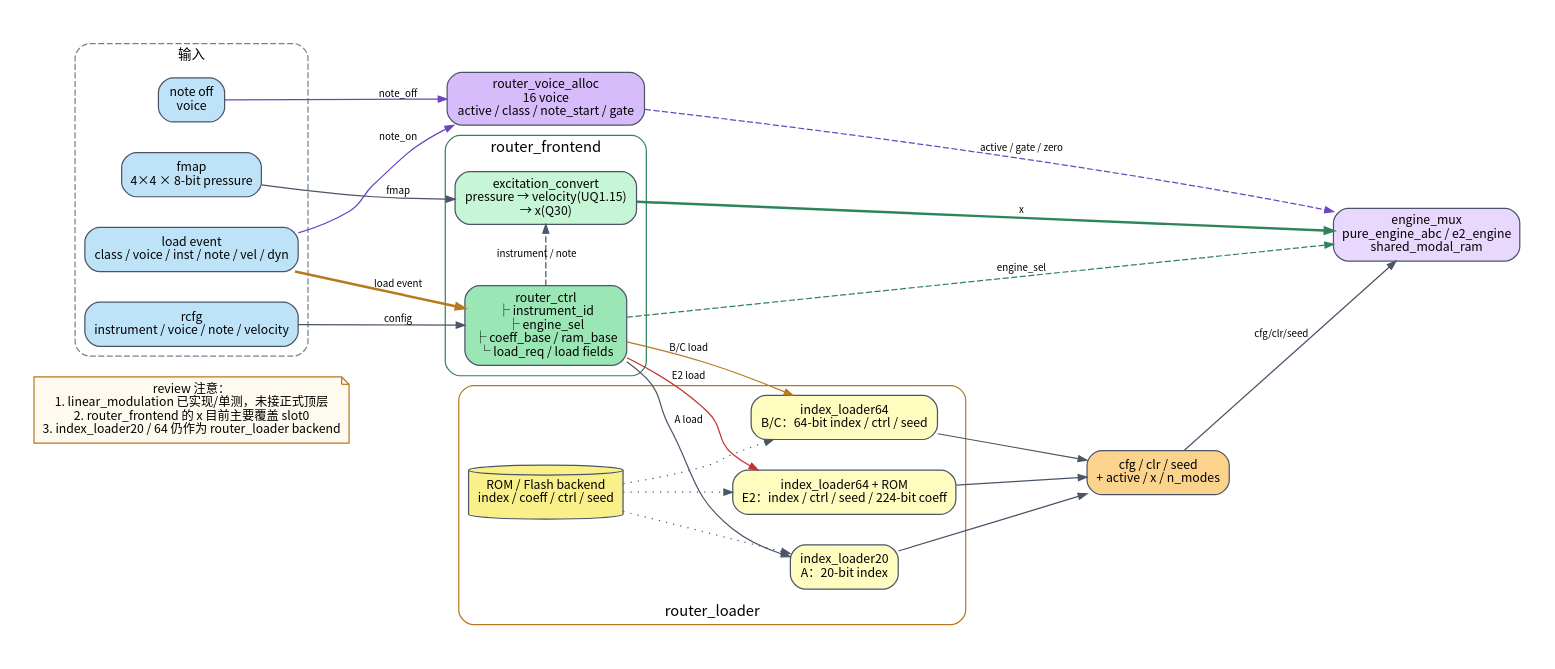
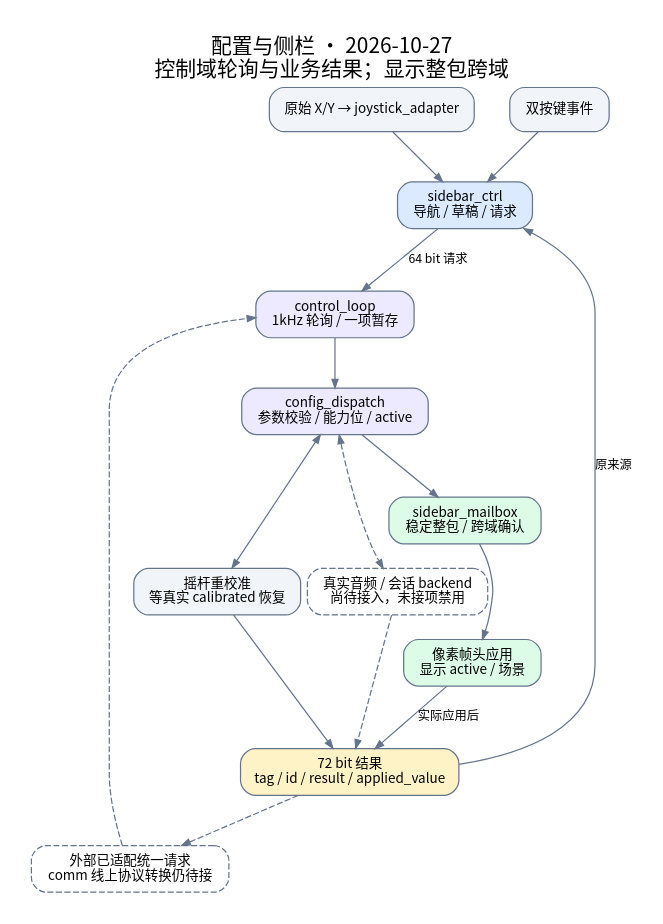
One commit to rubbishbro/FPGA_IDC_2026 changed the diagram in docs/diagrams/router_control_flow.dot. Above: the diagram before and after it, drawn with Graphviz. The commit also changed 100 other files, not shown here.

```diff
--- a/docs/diagrams/router_control_flow.dot
+++ b/docs/diagrams/router_control_flow.dot
@@ -1,75 +1,22 @@
-// -----------------------------------------------------------------------------
-// 文件: router_control_flow.dot
-// 用途: router 控制面 / 装载 / voice 分配数据流
-// 说明: rcfg/fmap -> router_ctrl / excitation -> x；
-//       load -> router_loader -> cfg/clr/seed；note -> voice_alloc。
-// 生成: dot -Tsvg router_control_flow.dot -o router_control_flow.svg
-//       dot -Tpng -Gdpi=180 router_control_flow.dot -o router_control_flow.png
-// -----------------------------------------------------------------------------
+// 当前结构；不在图内维护 PASS/Fmax，结果见文档维护与验证。
 digraph router_control_flow {
-    graph [
-        fontname="Noto Sans CJK TC", fontsize=18,
-        rankdir=LR, compound=true, newrank=true,
-        nodesep=0.35, ranksep=0.55, bgcolor="white", pad=0.28
-    ];
-    node [shape=box, style="rounded,filled", fontname="Noto Sans CJK TC",
-          fontsize=10, margin="0.11,0.07", color="#4a5568", fillcolor="#edf2f7"];
-    edge [fontname="Noto Sans CJK TC", fontsize=8, color="#4a5568", arrowsize=0.7];
+graph [fontname="Noto Sans CJK SC",fontsize=17,rankdir=TB,nodesep=0.4,ranksep=0.55,bgcolor="white",pad=0.25];
+node [shape=box,style="rounded,filled",fontname="Noto Sans CJK SC",fontsize=11,margin="0.16,0.10",color="#64748b",fillcolor="#f1f5f9"];
+edge [fontname="Noto Sans CJK SC",fontsize=10,color="#64748b",arrowsize=0.7];
 
-    subgraph cluster_in {
-        label="输入";
-        fontsize=11; color="#718096"; style="rounded,dashed"; fillcolor="#f7fafc";
-        cfg [label="rcfg\ninstrument / voice / note / velocity", fillcolor="#bee3f8"];
-        fmap [label="fmap\n4×4 × 8-bit pressure", fillcolor="#bee3f8"];
-        load [label="load event\nclass / voice / inst / note / vel / dyn", fillcolor="#bee3f8"];
-        off [label="note off\nvoice", fillcolor="#bee3f8"];
-    }
-
-    subgraph cluster_front {
-        label="router_frontend";
-        fontsize=12; color="#2f855a"; style="rounded"; fillcolor="#f0fff4";
-        ctrl [label="router_ctrl\n├ instrument_id\n├ engine_sel\n├ coeff_base / ram_base\n└ load_req / load fields", fillcolor="#9ae6b4"];
-        exc [label="excitation_convert\npressure → velocity(UQ1.15)\n→ x(Q30)", fillcolor="#c6f6d5"];
-        { rank=same; ctrl; exc; }
-    }
-
-    subgraph cluster_load {
-        label="router_loader";
-        labelloc="b";
-        fontsize=12; color="#b7791f"; style="rounded"; fillcolor="#fffff0";
-        a [label="index_loader20\nA：20-bit index", fillcolor="#fefcbf"];
-        bc [label="index_loader64\nB/C：64-bit index / ctrl / seed", fillcolor="#fefcbf"];
-        e2 [label="index_loader64 + ROM\nE2：index / ctrl / seed / 224-bit coeff", fillcolor="#fefcbf"];
-        rom [label="ROM / Flash backend\nindex / coeff / ctrl / seed", shape=cylinder, fillcolor="#faf089"];
-        rom -> a [style=dotted];
-        rom -> bc [style=dotted];
-        rom -> e2 [style=dotted];
-        { rank=same; a; bc; e2; }
-    }
-
-    va [label="router_voice_alloc\n16 voice\nactive / class / note_start / gate", fillcolor="#d6bcfa"];
-
-    mux [label="engine_mux\npure_engine_abc / e2_engine\nshared_modal_ram", fillcolor="#e9d8fd"];
-
-    out [label="cfg / clr / seed\n+ active / x / n_modes", fillcolor="#fbd38d"];
-
-    cfg -> ctrl [label="config"];
-    fmap -> exc [label="fmap"];
-    load -> ctrl [label="load event", color="#b7791f", style=bold];
-    ctrl -> exc [label="instrument / note", style=dashed];
-    ctrl -> a [label="A load"];
-    ctrl -> bc [label="B/C load", color="#b7791f"];
-    ctrl -> e2 [label="E2 load", color="#c53030"];
-    exc -> mux [label="x", color="#2f855a", style=bold];
-    ctrl -> mux [label="engine_sel", color="#2f855a", style=dashed];
-    load -> va [label="note_on", color="#6b46c1"];
-    off -> va [label="note_off", color="#6b46c1"];
-    va -> mux [label="active / gate / zero", color="#6b46c1", style=dashed];
-    a -> out;
-    bc -> out;
-    e2 -> out;
-    out -> mux [label="cfg/clr/seed"];
-
-    caveat [shape=note, label="review 注意：\n1. linear_modulation 已实现/单测，未接正式顶层\n2. router_frontend 的 x 目前主要覆盖 slot0\n3. index_loader20 / 64 仍作为 router_loader backend", fillcolor="#fffaf0", color="#b7791f"];
-    caveat -> ctrl [style=invis];
+label="配置与侧栏 · 2026-10-27\n控制域轮询与业务结果；显示整包跨域";labelloc=t;
+joy [label="原始 X/Y → joystick_adapter"];
+key [label="双按键事件"];
+ui [label="sidebar_ctrl\n导航 / 草稿 / 请求",fillcolor="#dbeafe"];
+ext [label="外部已适配统一请求\ncomm 线上协议转换仍待接",style="rounded,dashed"];
+loop [label="control_loop\n1kHz 轮询 / 一项暂存",fillcolor="#ede9fe"];
+cfg [label="config_dispatch\n参数校验 / 能力位 / active",fillcolor="#ede9fe"];
+cal [label="摇杆重校准\n等真实 calibrated 恢复"];
+backend [label="真实音频 / 会话 backend\n尚待接入，未接项禁用",style="rounded,dashed",fillcolor="#fff7ed"];
+mail [label="sidebar_mailbox\n稳定整包 / 跨域确认",fillcolor="#dcfce7"];
+frame [label="像素帧头应用\n显示 active / 场景",fillcolor="#dcfce7"];
+rsp [label="72 bit 结果\ntag / id / result / applied_value",fillcolor="#fef3c7"];
+joy -> ui;key -> ui;ui -> loop [label="64 bit 请求"];ext -> loop [style=dashed];loop -> cfg;
+cfg -> cal [dir=both];cfg -> backend [dir=both,style=dashed];cfg -> mail;mail -> frame;
+frame -> rsp [label="实际应用后"];cal -> rsp;backend -> rsp [style=dashed];rsp -> ui [label="原来源"];rsp -> ext [style=dashed];
 }
```
